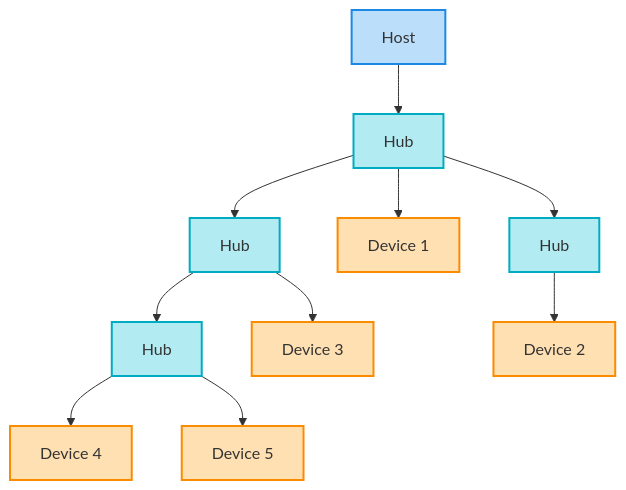
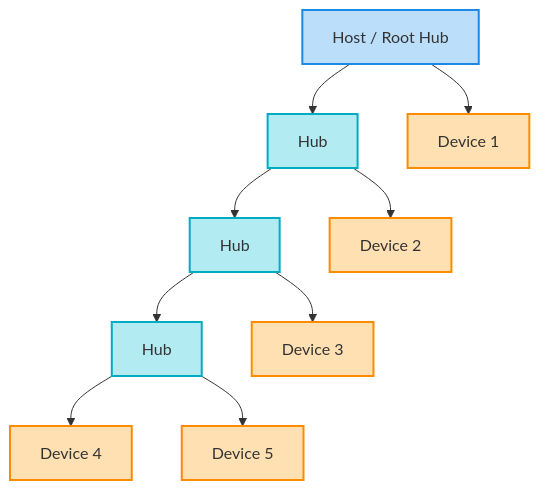
The second of 18 diagrams in docs/embedded/IPW2026/Day6/9.USB/index.md (ipworkshop/ipworkshop.github.io), drawn with Mermaid before and after one commit. The commit also changed other lines of this file, not shown here.

````diff
--- a/docs/embedded/IPW2026/Day6/9.USB/index.md
+++ b/docs/embedded/IPW2026/Day6/9.USB/index.md
@@ -29,38 +96,29 @@
 ```mermaid
 graph TD
-    %% Define Nodes
-    Host[Host]
+    Host[Host / Root Hub]
     Hub1[Hub]
     Hub2[Hub]
     Hub3[Hub]
-    Hub4[Hub]
     Dev1[Device 1]
     Dev2[Device 2]
     Dev3[Device 3]
     Dev4[Device 4]
     Dev5[Device 5]
 
-    %% Define Connections
     Host --> Hub1
-    
+    Host --> Dev1
+    Hub1 --> Dev2
     Hub1 --> Hub2
-    Hub1 --> Dev1
-    Hub1 --> Hub3
-    
-    Hub2 --> Hub4
     Hub2 --> Dev3
-    
-    Hub3 --> Dev2
-    
-    Hub4 --> Dev4
-    Hub4 --> Dev5
+    Hub2 --> Hub3
+    Hub3 --> Dev4
+    Hub3 --> Dev5
 
-    %% Styling
     classDef host fill:#bbdefb,stroke:#1e88e5,stroke-width:2px;
     classDef hub fill:#b2ebf2,stroke:#00acc1,stroke-width:2px;
     classDef dev fill:#ffe0b2,stroke:#fb8c00,stroke-width:2px;
-    
+
     class Host host;
-    class Hub1,Hub2,Hub3,Hub4 hub;
+    class Hub1,Hub2,Hub3 hub;
     class Dev1,Dev2,Dev3,Dev4,Dev5 dev;
 ```
````
